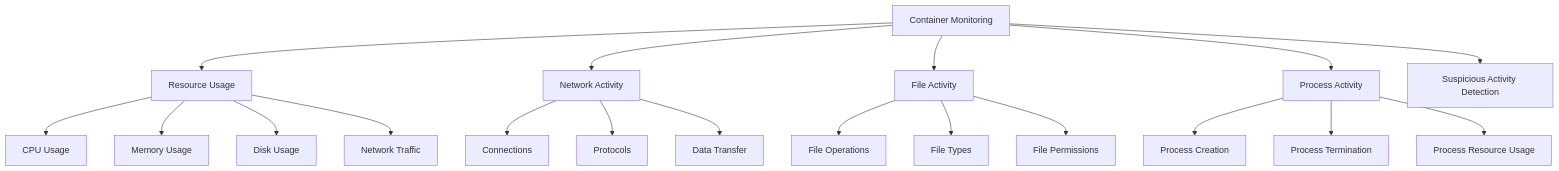
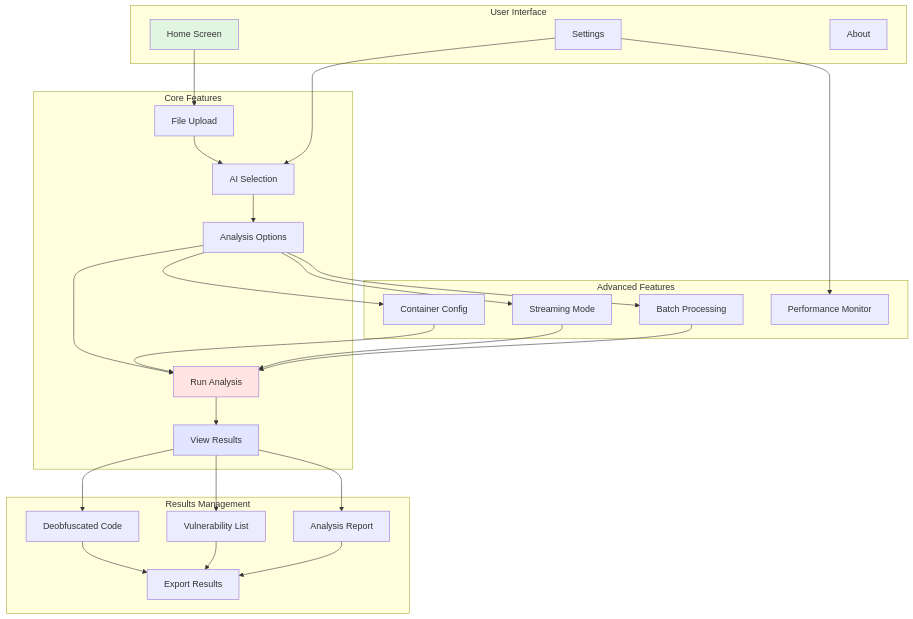
The second of 16 diagrams in docs/USER_GUIDE.md (radicalkjax/Athena), drawn with Mermaid before and after one commit. The commit also changed other lines of this file and 41 other files, not shown here.

````diff
--- a/docs/USER_GUIDE.md
+++ b/docs/USER_GUIDE.md
@@ -329,25 +85,58 @@
 ```mermaid
-graph TD
-    A[Container Monitoring] --> B[Resource Usage]
-    A --> C[Network Activity]
-    A --> D[File Activity]
-    A --> E[Process Activity]
-    A --> F[Suspicious Activity Detection]
+graph TB
+    subgraph "User Interface"
+        Home[Home Screen]
+        Settings[Settings]
+        About[About]
+    end
     
-    B --> B1[CPU Usage]
-    B --> B2[Memory Usage]
-    B --> B3[Disk Usage]
-    B --> B4[Network Traffic]
+    subgraph "Core Features"
+        Upload[File Upload]
+        AISelect[AI Selection]
+        Options[Analysis Options]
+        Analyze[Run Analysis]
+        Results[View Results]
+    end
     
-    C --> C1[Connections]
-    C --> C2[Protocols]
-    C --> C3[Data Transfer]
+    subgraph "Advanced Features"
+        Container[Container Config]
+        Stream[Streaming Mode]
+        Batch[Batch Processing]
+        Monitor[Performance Monitor]
+    end
     
-    D --> D1[File Operations]
-    D --> D2[File Types]
-    D --> D3[File Permissions]
+    subgraph "Results Management"
+        Deobfuscated[Deobfuscated Code]
+        Vulnerabilities[Vulnerability List]
+        Report[Analysis Report]
+        Export[Export Results]
+    end
     
-    E --> E1[Process Creation]
-    E --> E2[Process Termination]
-    E --> E3[Process Resource Usage]
+    Home --> Upload
+    Upload --> AISelect
+    AISelect --> Options
+    Options --> Container
+    Options --> Stream
+    Options --> Batch
+    
+    Options --> Analyze
+    Container --> Analyze
+    Stream --> Analyze
+    Batch --> Analyze
+    
+    Analyze --> Results
+    Results --> Deobfuscated
+    Results --> Vulnerabilities
+    Results --> Report
+    
+    Deobfuscated --> Export
+    Vulnerabilities --> Export
+    Report --> Export
+    
+    Settings --> AISelect
+    Settings --> Monitor
+    
+    style Home fill:#e1f5e1
+    style Analyze fill:#ffe4e1
+    style Results fill:#e1e5ff
 ```
````
